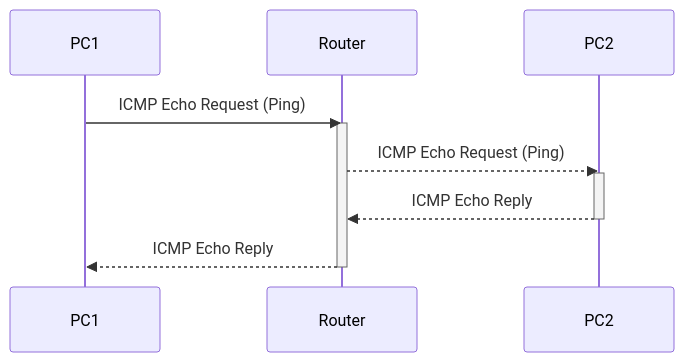
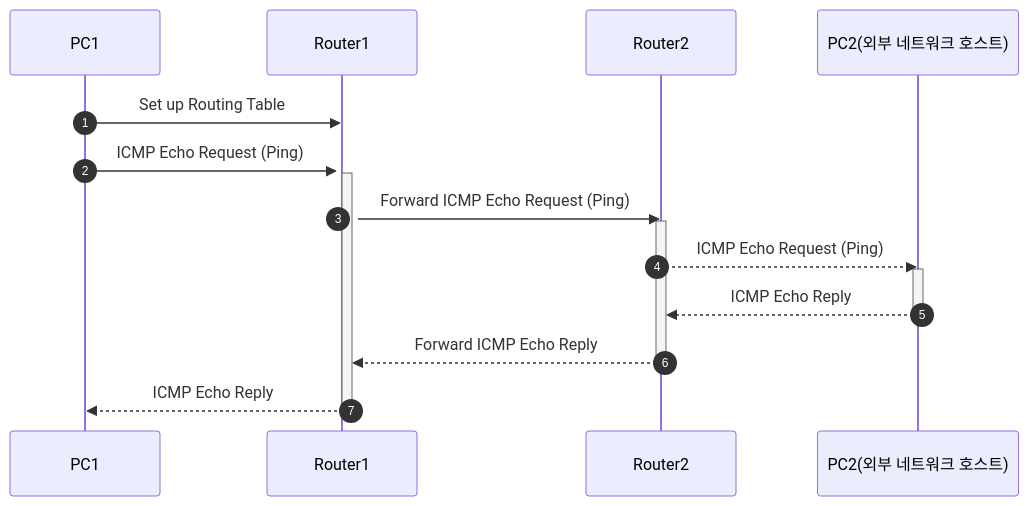
Before and after one commit to troymerai/2023CN_ARPWithMFC: the first of 3 diagrams in static_router/README.md, drawn with Mermaid. The commit also changed other lines of this file, not shown here.

Commit message:
시퀀스 다이어그램 수정

````diff
--- a/static_router/README.md
+++ b/static_router/README.md
@@ -27,15 +27,23 @@
 ```mermaid
 sequenceDiagram
     participant PC1
-    participant Router
-    participant PC2
+    participant Router1
+    participant Router2
+    participant PC2(외부 네트워크 호스트)
 
-    PC1->>Router: ICMP Echo Request (Ping)
-    activate Router
-    Router-->>PC2: ICMP Echo Request (Ping)
-    activate PC2
-    PC2-->>Router: ICMP Echo Reply
-    deactivate PC2
-    Router-->>PC1: ICMP Echo Reply
-    deactivate Router
+    autonumber
+    PC1->>Router1: Set up Routing Table
+    activate Router1
+    PC1->>Router1: ICMP Echo Request (Ping)
+    activate Router1
+    Router1->>Router2: Forward ICMP Echo Request (Ping)
+    activate Router2
+    Router2-->>PC2(외부 네트워크 호스트): ICMP Echo Request (Ping)
+    activate PC2(외부 네트워크 호스트)
+    PC2(외부 네트워크 호스트)-->>Router2: ICMP Echo Reply
+    deactivate PC2(외부 네트워크 호스트)
+    Router2-->>Router1: Forward ICMP Echo Reply
+    deactivate Router2
+    Router1-->>PC1: ICMP Echo Reply
+    deactivate Router1
 ```
````
